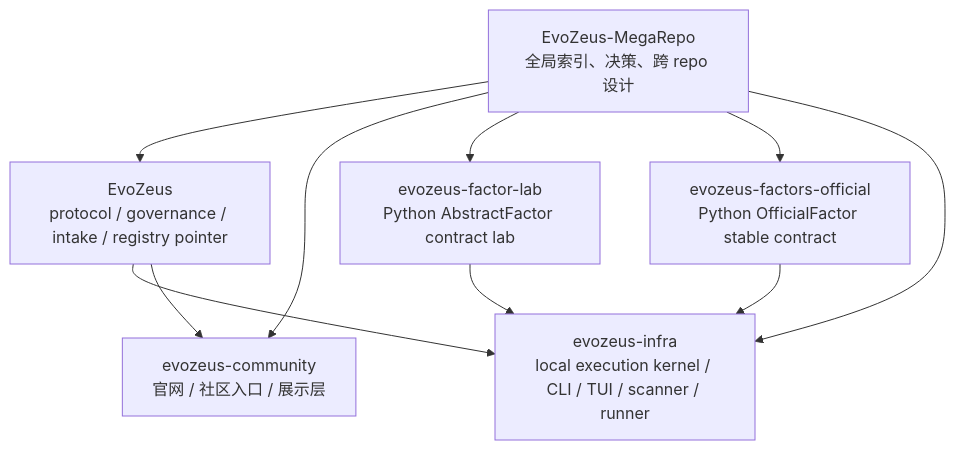
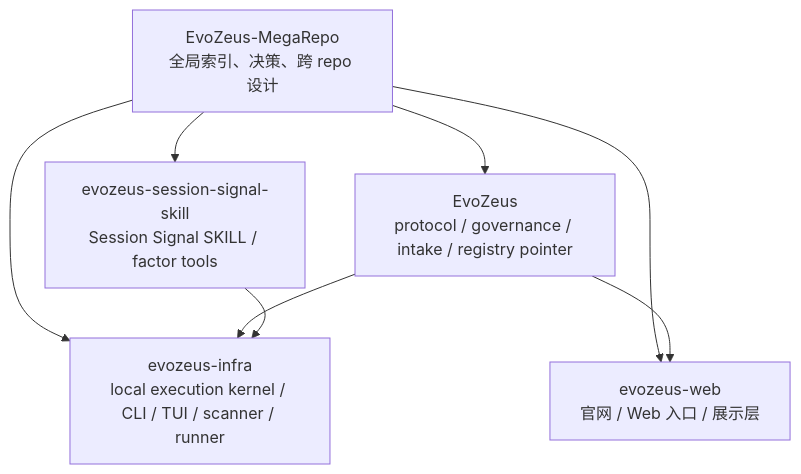
One commit to MetaInFLow/EvoZeus-MegaRepo changed the second of 2 diagrams in 00-global/evozeus-overall-design.md. Above: the diagram before and after it, drawn with Mermaid. The commit also changed other lines of this file and 26 other files, not shown here.

Commit message:
rename session signal skill topology

````diff
--- a/00-global/evozeus-overall-design.md
+++ b/00-global/evozeus-overall-design.md
@@ -74,13 +77,11 @@
 ```mermaid
 flowchart TB
   Mega["EvoZeus-MegaRepo<br/>全局索引、决策、跨 repo 设计"] --> Main["EvoZeus<br/>protocol / governance / intake / registry pointer"]
-  Mega --> Community["evozeus-community<br/>官网 / 社区入口 / 展示层"]
-  Mega --> Lab["evozeus-factor-lab<br/>Python AbstractFactor contract lab"]
-  Mega --> Official["evozeus-factors-official<br/>Python OfficialFactor stable contract"]
+  Mega --> Web["evozeus-web<br/>官网 / Web 入口 / 展示层"]
+  Mega --> Official["evozeus-session-signal-skill<br/>Session Signal SKILL / factor tools"]
   Mega --> Runtime["evozeus-infra<br/>local execution kernel / CLI / TUI / scanner / runner"]
 
   Main --> Runtime
-  Lab --> Runtime
   Official --> Runtime
-  Main --> Community
+  Main --> Web
 ```
````
